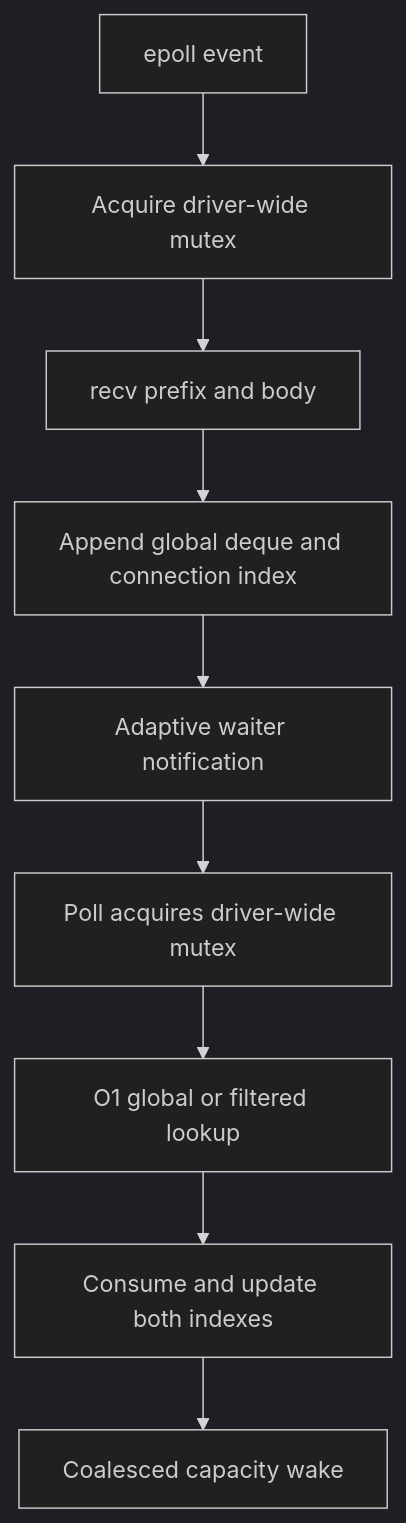
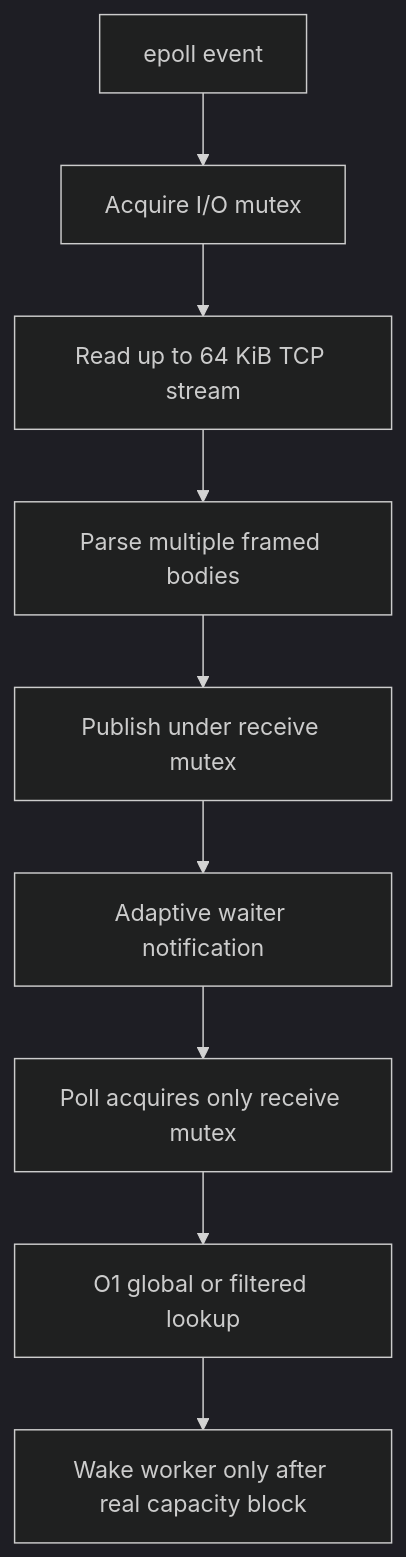
One commit to bkcarlos/Mino changed the second of 2 diagrams in benchmarks/transport/PROFILE_ANALYSIS.md. Above: the diagram before and after it, drawn with Mermaid (dark theme). The commit also changed other lines of this file and 2 other files, not shown here.

````diff
--- a/benchmarks/transport/PROFILE_ANALYSIS.md
+++ b/benchmarks/transport/PROFILE_ANALYSIS.md
@@ -275,11 +287,11 @@
 ```mermaid
 flowchart TD
-    A[epoll event] --> B[Acquire driver-wide mutex]
-    B --> C[recv prefix and body]
-    C --> D[Append global deque and connection index]
-    D --> E[Adaptive waiter notification]
-    E --> F[Poll acquires driver-wide mutex]
-    F --> G[O1 global or filtered lookup]
-    G --> H[Consume and update both indexes]
-    H --> I[Coalesced capacity wake]
+    A[epoll event] --> B[Acquire I/O mutex]
+    B --> C[Read up to 64 KiB TCP stream]
+    C --> D[Parse multiple framed bodies]
+    D --> E[Publish under receive mutex]
+    E --> F[Adaptive waiter notification]
+    F --> G[Poll acquires only receive mutex]
+    G --> H[O1 global or filtered lookup]
+    H --> I[Wake worker only after real capacity block]
 ```
````
